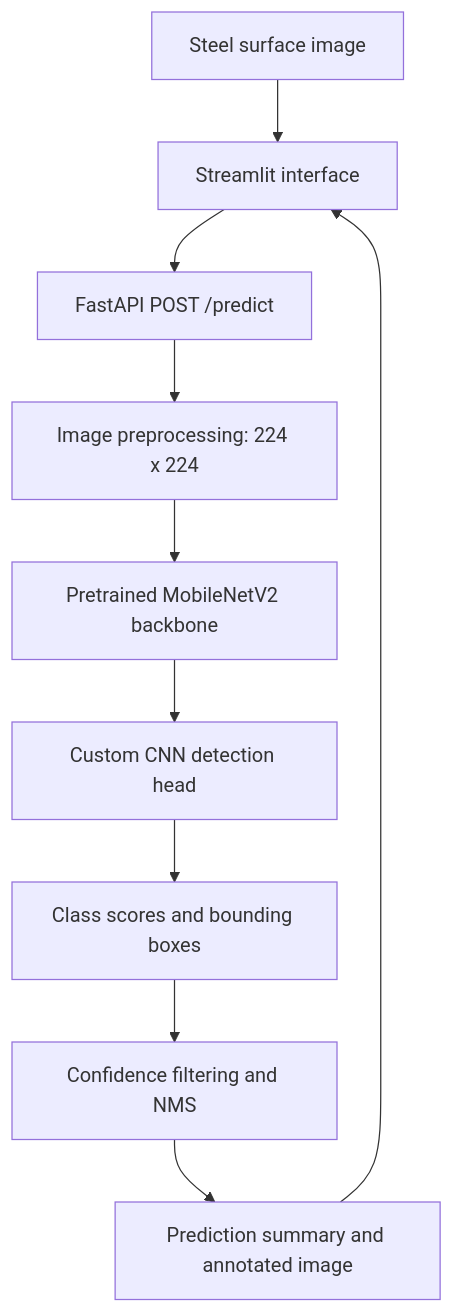
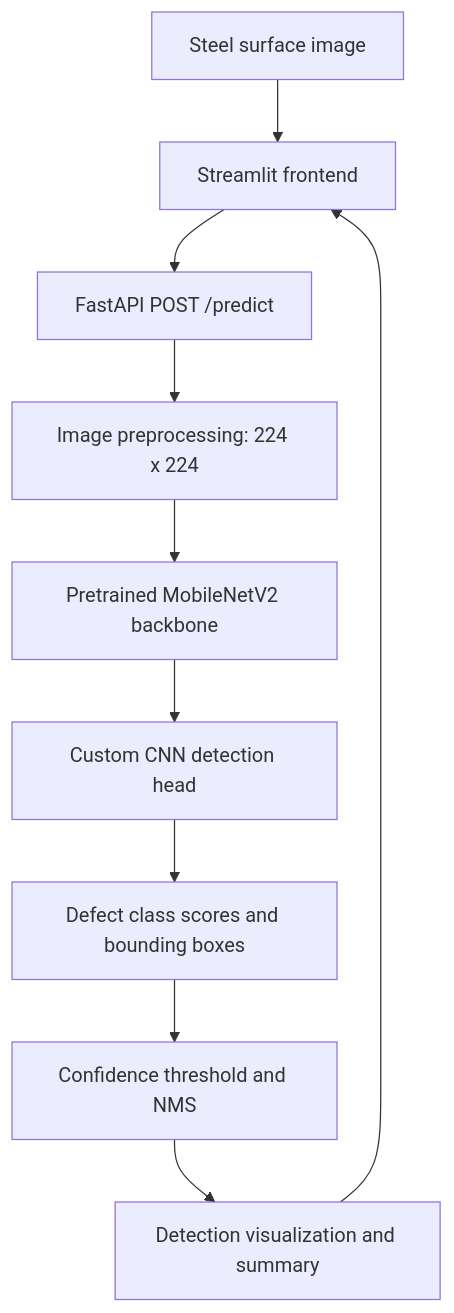
The diagram in README.md (Ravinuthala-Venkata-Siva-Prasad/Industrial-Surface-Defect-Detection-Using-CNN), drawn with Mermaid before and after one commit. The commit also changed other lines of this file, not shown here.

````diff
--- a/README.md
+++ b/README.md
@@ -70,12 +70,12 @@
 ```mermaid
 flowchart TD
-    A[Steel surface image] --> B[Streamlit interface]
+    A[Steel surface image] --> B[Streamlit frontend]
     B --> C[FastAPI POST /predict]
     C --> D[Image preprocessing: 224 x 224]
     D --> E[Pretrained MobileNetV2 backbone]
     E --> F[Custom CNN detection head]
-    F --> G[Class scores and bounding boxes]
-    G --> H[Confidence filtering and NMS]
-    H --> I[Prediction summary and annotated image]
+    F --> G[Defect class scores and bounding boxes]
+    G --> H[Confidence threshold and NMS]
+    H --> I[Detection visualization and summary]
     I --> B
 ```
````
